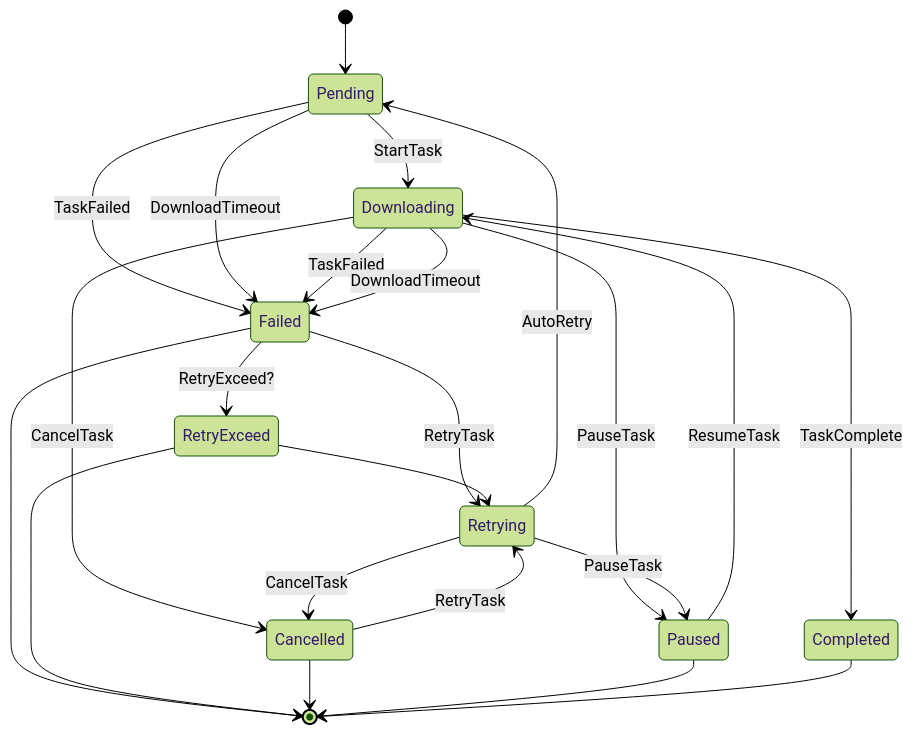
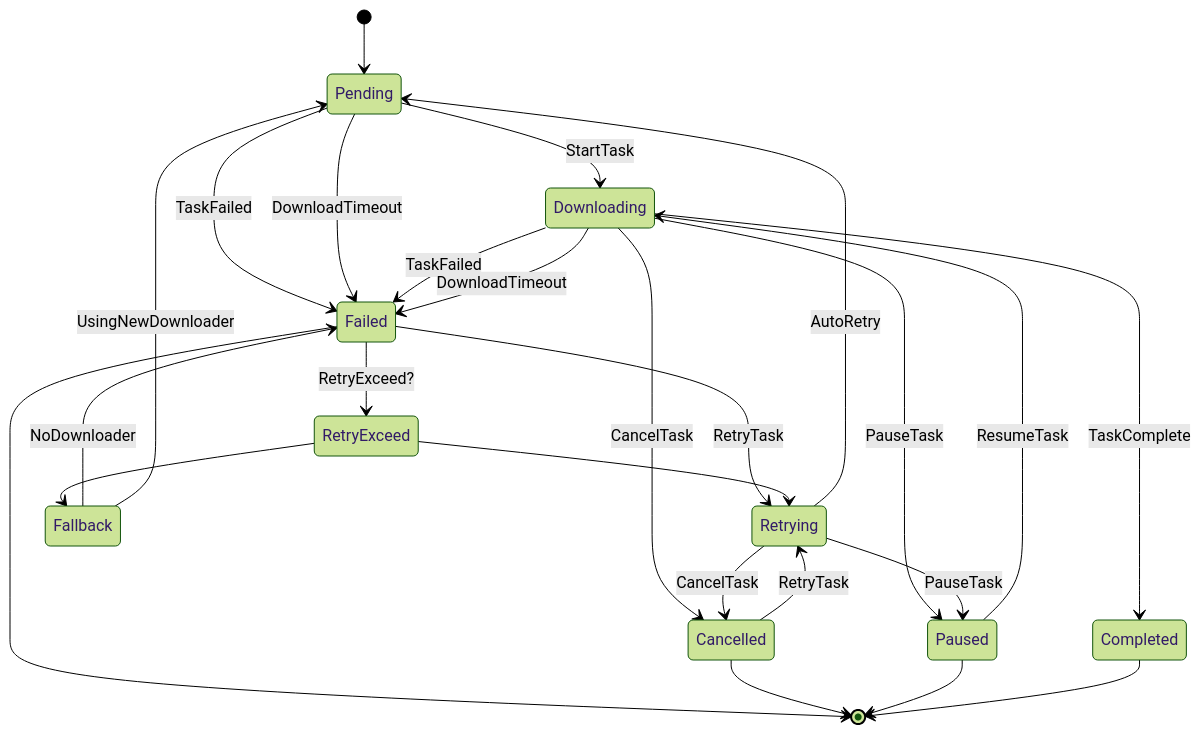
The diagram in crates/downloader/README.md (lyqingye/bangumi-rs), drawn with Mermaid (forest theme) before and after one commit. The commit also changed 15 other files, not shown here.

````diff
--- a/crates/downloader/README.md
+++ b/crates/downloader/README.md
@@ -3,34 +3,37 @@
 ```mermaid
 stateDiagram
   direction TB
 
 
   [*] --> Pending
   Pending --> Downloading:StartTask
   Pending --> Failed:TaskFailed
   Pending --> Failed:DownloadTimeout
   Downloading --> Completed:TaskComplete
   Downloading --> Failed:TaskFailed
   Downloading --> Cancelled:CancelTask
   Downloading --> Failed:DownloadTimeout
   Downloading --> Paused:PauseTask
 
   Failed --> Retrying:RetryTask
   Failed --> [*]
   Failed --> RetryExceed: RetryExceed?
   state RetryExceed <<choice>>
-  RetryExceed --> [*]
+  RetryExceed --> Fallback
   RetryExceed --> Retrying
 
   Cancelled --> Retrying:RetryTask
   Cancelled --> [*]
 
   Retrying --> Pending:AutoRetry
   Retrying --> Cancelled:CancelTask
   Retrying --> Paused:PauseTask
 
   Paused --> Downloading:ResumeTask
   Paused --> [*]
 
+  Fallback --> Failed:NoDownloader
+  Fallback --> Pending:UsingNewDownloader
+
   Completed --> [*]
 ```
````
